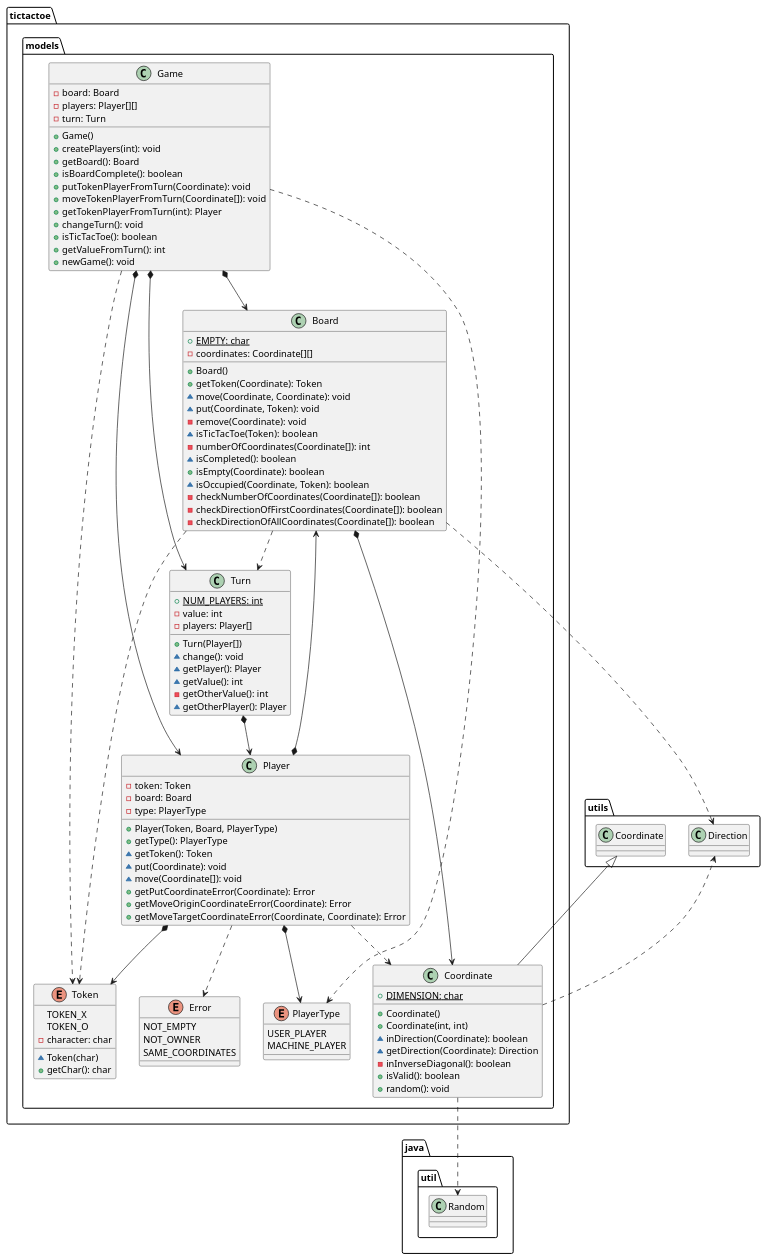
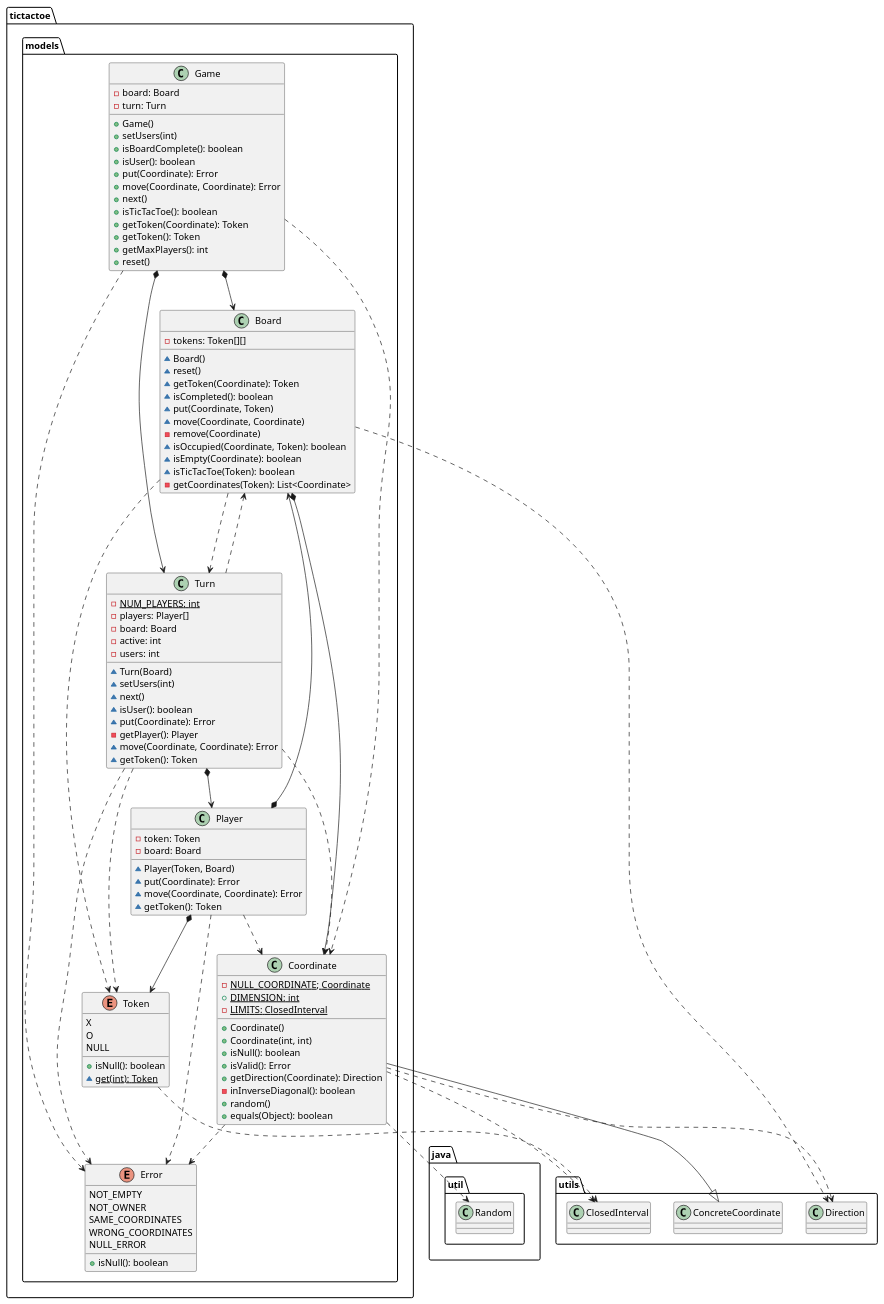
One commit to Jolucaa/USantaTecla-project-ticTacToe changed the third of 4 diagrams in documentView/console/docs/diagrams/src/paquetes.plantuml. Above: the diagram before and after it, drawn with PlantUML. The commit also changed other lines of this file and 18 other files, not shown here.

```diff
--- a/documentView/console/docs/diagrams/src/paquetes.plantuml
+++ b/documentView/console/docs/diagrams/src/paquetes.plantuml
@@ -138,110 +124,115 @@
 @startuml tictactoe.models
 class  tictactoe.models.Board{
-+ {static} EMPTY: char
-- coordinates: Coordinate[][]
-+ Board()
-+ getToken(Coordinate): Token
-~ move(Coordinate, Coordinate): void
-~ put(Coordinate, Token): void
-- remove(Coordinate): void
+- tokens: Token[][]
+~ Board()
+~ reset()
+~ getToken(Coordinate): Token
+~ isCompleted(): boolean
+~ put(Coordinate, Token)
+~ move(Coordinate, Coordinate)
+- remove(Coordinate)
+~ isOccupied(Coordinate, Token): boolean
+~ isEmpty(Coordinate): boolean
 ~ isTicTacToe(Token): boolean
-- numberOfCoordinates(Coordinate[]): int
-~ isCompleted(): boolean
-+ isEmpty(Coordinate): boolean
-~ isOccupied(Coordinate, Token): boolean
-- checkNumberOfCoordinates(Coordinate[]): boolean
-- checkDirectionOfFirstCoordinates(Coordinate[]): boolean
-- checkDirectionOfAllCoordinates(Coordinate[]): boolean
+- getCoordinates(Token): List<Coordinate>
 }
 tictactoe.models.Board *-down-> tictactoe.models.Coordinate
 tictactoe.models.Board ..> tictactoe.models.Token
 tictactoe.models.Board ..> tictactoe.models.Turn
 tictactoe.models.Board ..> utils.Direction
 
 class  tictactoe.models.Coordinate{
-+ {static} DIMENSION: char
+- {static} NULL_COORDINATE; Coordinate
++ {static} DIMENSION: int
+- {static} LIMITS: ClosedInterval
 + Coordinate()
 + Coordinate(int, int)
-~ inDirection(Coordinate): boolean
-~ getDirection(Coordinate): Direction
++ isNull(): boolean
++ isValid(): Error
++ getDirection(Coordinate): Direction
 - inInverseDiagonal(): boolean
-+ isValid(): boolean
-+ random(): void
++ random()
++ equals(Object): boolean
 }
-utils.Coordinate <|-down- tictactoe.models.Coordinate
+utils.ConcreteCoordinate <|-down- tictactoe.models.Coordinate
+tictactoe.models.Coordinate ..> tictactoe.models.Error
 tictactoe.models.Coordinate ..> utils.Direction
+tictactoe.models.Coordinate ..> utils.ClosedInterval
 tictactoe.models.Coordinate ..> java.util.Random
 
 enum  tictactoe.models.Error{
 NOT_EMPTY
 NOT_OWNER
 SAME_COORDINATES
+WRONG_COORDINATES
+NULL_ERROR
++ isNull(): boolean
 }
 
 class  tictactoe.models.Game{
 - board: Board
-- players: Player[][]
 - turn: Turn
 + Game()
-+ createPlayers(int): void
-+ getBoard(): Board
++ setUsers(int)
 + isBoardComplete(): boolean
-+ putTokenPlayerFromTurn(Coordinate): void
-+ moveTokenPlayerFromTurn(Coordinate[]): void
-+ getTokenPlayerFromTurn(int): Player
-+ changeTurn(): void
++ isUser(): boolean
++ put(Coordinate): Error
++ move(Coordinate, Coordinate): Error
++ next()
 + isTicTacToe(): boolean
-+ getValueFromTurn(): int
-+ newGame(): void
++ getToken(Coordinate): Token
++ getToken(): Token
++ getMaxPlayers(): int
++ reset()
 }
 tictactoe.models.Game *-down-> tictactoe.models.Board
-tictactoe.models.Game *-down-> tictactoe.models.Player
 tictactoe.models.Game *-down-> tictactoe.models.Turn
-tictactoe.models.Game ..> tictactoe.models.Token
-tictactoe.models.Game ..> tictactoe.models.PlayerType
+tictactoe.models.Game ..> tictactoe.models.Coordinate
+tictactoe.models.Game ..> tictactoe.models.Error
 
 class  tictactoe.models.Player{
 - token: Token
 - board: Board
-- type: PlayerType
-+ Player(Token, Board, PlayerType)
-+ getType(): PlayerType
+~ Player(Token, Board)
+~ put(Coordinate): Error
+~ move(Coordinate, Coordinate): Error
 ~ getToken(): Token
-~ put(Coordinate): void
-~ move(Coordinate[]): void
-+ getPutCoordinateError(Coordinate): Error
-+ getMoveOriginCoordinateError(Coordinate): Error
-+ getMoveTargetCoordinateError(Coordinate, Coordinate): Error
 }
 tictactoe.models.Player *-down-> tictactoe.models.Token
 tictactoe.models.Player *-down-> tictactoe.models.Board
-tictactoe.models.Player *-down-> tictactoe.models.PlayerType 
 tictactoe.models.Player ..> tictactoe.models.Coordinate
 tictactoe.models.Player ..> tictactoe.models.Error
 
-enum  tictactoe.models.PlayerType{
-USER_PLAYER
-MACHINE_PLAYER
+enum  tictactoe.models.Token{
+X
+O
+NULL
++ isNull(): boolean
+~ {static} get(int): Token
 }
 
-enum  tictactoe.models.Token{
-TOKEN_X
-TOKEN_O
-- character: char
-~ Token(char)
-+ getChar(): char
+tictactoe.models.Token ..> utils.ClosedInterval
+
+class  tictactoe.models.Turn{
+- {static} NUM_PLAYERS: int
+- players: Player[]
+- board: Board
+- active: int
+- users: int
+~ Turn(Board)
+~ setUsers(int)
+~ next()
+~ isUser(): boolean
+~ put(Coordinate): Error
+- getPlayer(): Player
+~ move(Coordinate, Coordinate): Error
+~ getToken(): Token
 }
 
-class  tictactoe.models.Turn{
-+ {static} NUM_PLAYERS: int
-- value: int
-- players: Player[]
-+ Turn(Player[])
-~ change(): void
-~ getPlayer(): Player
-~ getValue(): int
-- getOtherValue(): int
-~ getOtherPlayer(): Player
-}
 tictactoe.models.Turn *-down-> tictactoe.models.Player
+tictactoe.models.Turn ..down-> tictactoe.models.Board
+tictactoe.models.Turn ..down-> tictactoe.models.Token
+tictactoe.models.Turn ..down-> tictactoe.models.Coordinate
+tictactoe.models.Turn ..down-> tictactoe.models.Error
+
 @enduml
```
